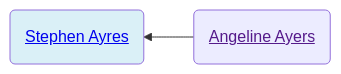
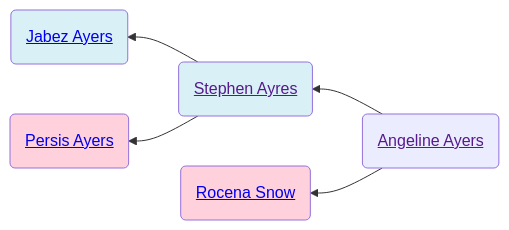
One commit to neelsmith/avocational changed the first of 2 diagrams in familyhistory/sources/people/Henderson-line/Ayers-line/Angeline_Ayers.qmd. Above: the diagram before and after it, drawn with Mermaid. The commit also changed other lines of this file and 79 other files, not shown here.

````diff
--- a/familyhistory/sources/people/Henderson-line/Ayers-line/Angeline_Ayers.qmd
+++ b/familyhistory/sources/people/Henderson-line/Ayers-line/Angeline_Ayers.qmd
@@ -19,10 +26,16 @@
 ```{mermaid}
 graph RL
 %% RL ancestor diagram
 Angeline_Ayers(<a href=''>Angeline Ayers</>) -->  Stephen_Ayres(<a href='./Stephen_Ayres.html'>Stephen Ayres</>)
+Stephen_Ayres(<a href=''>Stephen Ayres</>) -->  Jabez_Ayers(<a href='./../../Jabez_Ayers.html'>Jabez Ayers</>)
+class Jabez_Ayers father
+Stephen_Ayres(<a href=''>Stephen Ayres</>)  --> Persis_Ayers(<a href='./../../Persis_Ayers.html'>Persis Ayers</>)
+class Persis_Ayers mother
 class Stephen_Ayres father
+Angeline_Ayers(<a href=''>Angeline Ayers</>)  --> Rocena_Snow(<a href='./Rocena_Snow.html'>Rocena Snow</>)
+class Rocena_Snow mother
 classDef mother fill:#ffd1dc
 classDef father fill:#daf0f7  
 classDef marriage fill:#ffffff
 
 ```
````
